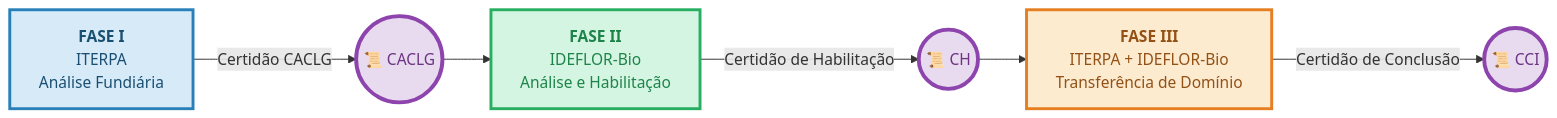
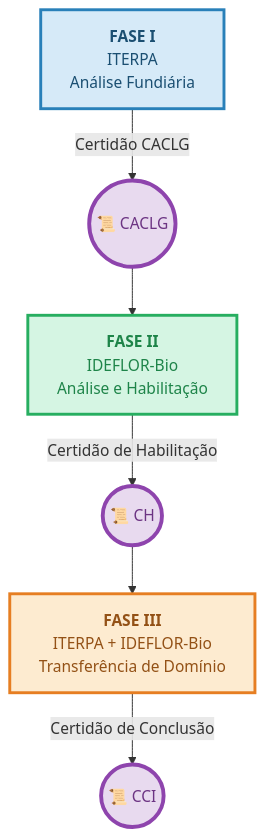
One commit to NGEO-IDEFLOR-Bio/certFundiaria-uces-pa changed the first of 11 diagrams in docs/03-fluxos/fluxos.md. Above: the diagram before and after it, drawn with Mermaid. The commit also changed other lines of this file and 1 other file, not shown here.

Commit message:
Converte diagramas LR para TD e reestrutura impedimentos como sequencia vertical

````diff
--- a/docs/03-fluxos/fluxos.md
+++ b/docs/03-fluxos/fluxos.md
@@ -11,18 +11,18 @@
 ```mermaid
-flowchart LR
+flowchart TD
     classDef iterpa fill:#D6EAF8,stroke:#2980B9,stroke-width:3px,color:#1B4F72
     classDef ideflor fill:#D5F5E3,stroke:#27AE60,stroke-width:3px,color:#1E8449
     classDef fase3 fill:#FDEBD0,stroke:#E67E22,stroke-width:3px,color:#935116
     classDef cert fill:#E8DAEF,stroke:#8E44AD,stroke-width:3px,color:#6C3483
 
     F1["<b>FASE I</b><br/>ITERPA<br/>Análise Fundiária"]:::iterpa
     --> |Certidão CACLG| C1(("📜 CACLG")):::cert
-    --> F2["<b>FASE II</b><br/>IDEFLOR-Bio<br/>Análise e Habilitação"]:::ideflor
-    --> |Certidão de Habilitação| C2(("📜 CH")):::cert
-    --> F3["<b>FASE III</b><br/>ITERPA + IDEFLOR-Bio<br/>Transferência de Domínio"]:::fase3
-    --> |Certidão de Conclusão| C3(("📜 CCI")):::cert
+    C1 --> F2["<b>FASE II</b><br/>IDEFLOR-Bio<br/>Análise e Habilitação"]:::ideflor
+    F2 --> |Certidão de Habilitação| C2(("📜 CH")):::cert
+    C2 --> F3["<b>FASE III</b><br/>ITERPA + IDEFLOR-Bio<br/>Transferência de Domínio"]:::fase3
+    F3 --> |Certidão de Conclusão| C3(("📜 CCI")):::cert
 
     style C1 stroke-width:4px
     style C2 stroke-width:4px
     style C3 stroke-width:4px
 ```
````
